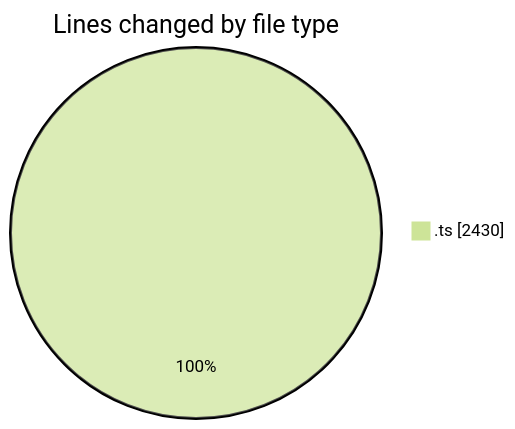
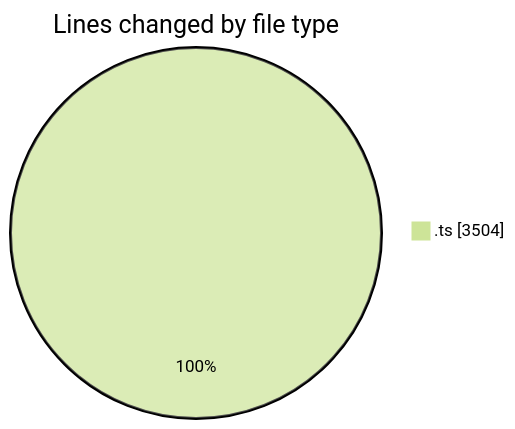
One commit to momahboobian/code-tracking changed the first of 2 diagrams in 2025-10-23/cda/README.md. Above: the diagram before and after it, drawn with Mermaid (forest theme). The commit also changed other lines of this file and 1 other file, not shown here.

````diff
--- a/2025-10-23/cda/README.md
+++ b/2025-10-23/cda/README.md
@@ -23,5 +24,5 @@
 ```mermaid
 pie showData
 title Lines changed by file type
-".ts" : 2430
+".ts" : 3504
 ```
````
